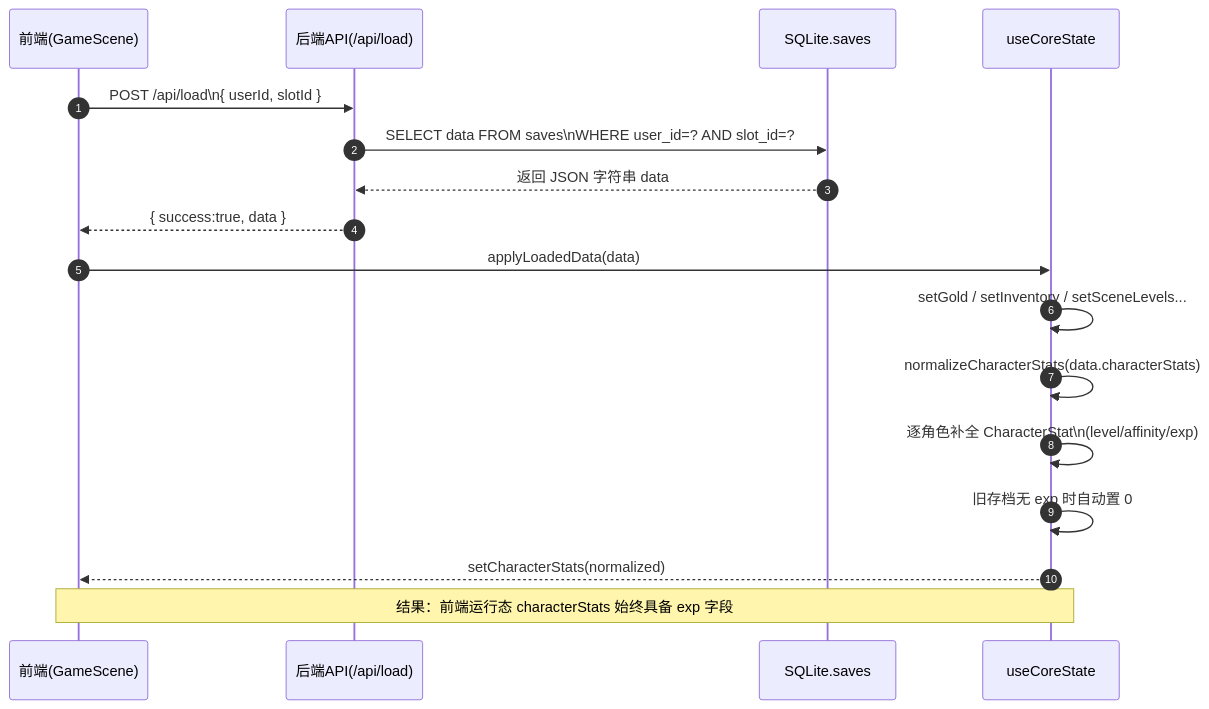
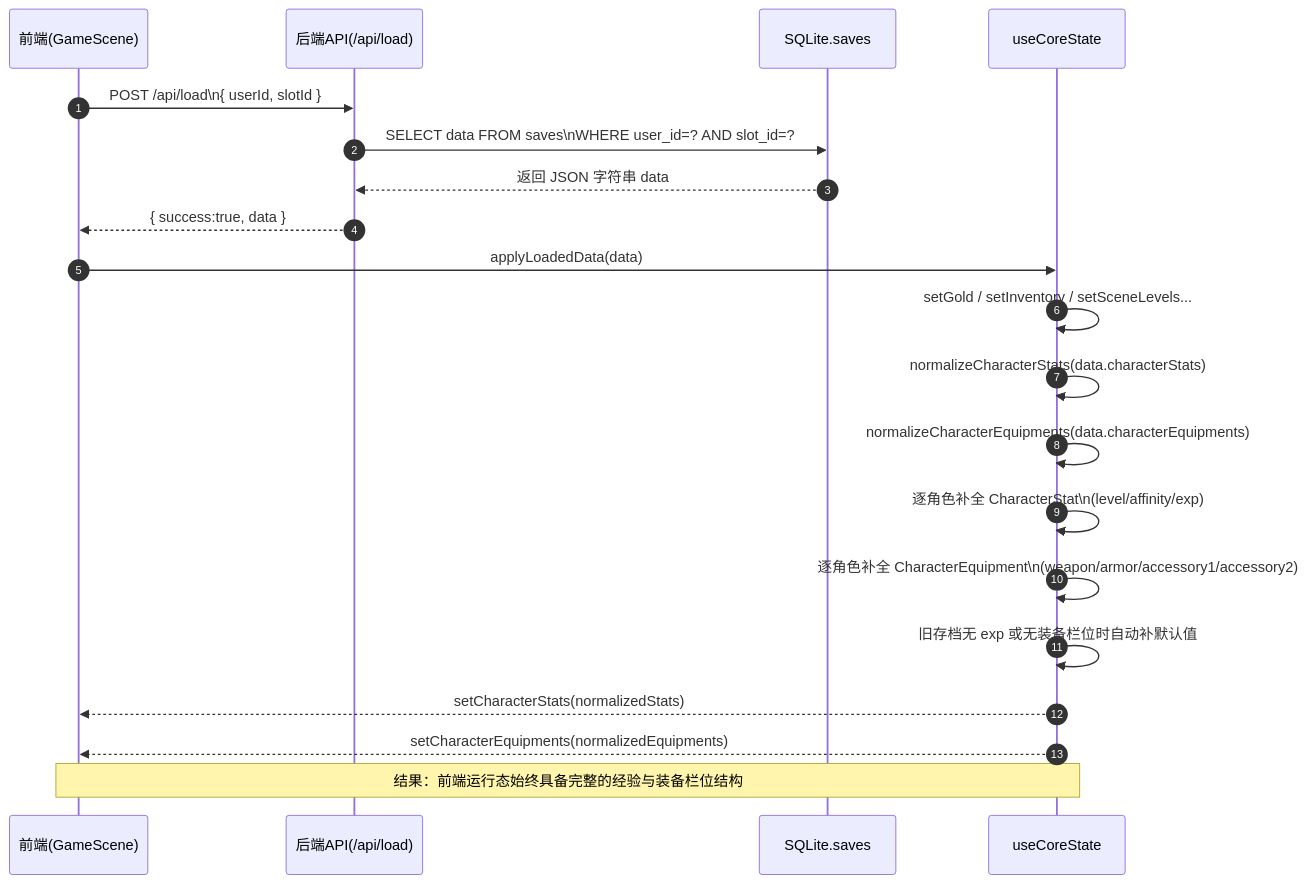
Before and after one commit to NyaaCaster/AVG-AdventurerTavern: the second of 2 diagrams in Doc/DataList/BATTLE_DATA_ARCHITECTURE.md, drawn with Mermaid. The commit also changed other lines of this file and 6 other files, not shown here.

````diff
--- a/Doc/DataList/BATTLE_DATA_ARCHITECTURE.md
+++ b/Doc/DataList/BATTLE_DATA_ARCHITECTURE.md
@@ -132,22 +189,25 @@
 ```mermaid
 sequenceDiagram
     autonumber
     participant FE as 前端(GameScene)
     participant API as 后端API(/api/load)
     participant SAVES as SQLite.saves
     participant CORE as useCoreState
 
     FE->>API: POST /api/load\n{ userId, slotId }
     API->>SAVES: SELECT data FROM saves\nWHERE user_id=? AND slot_id=?
     SAVES-->>API: 返回 JSON 字符串 data
     API-->>FE: { success:true, data }
 
     FE->>CORE: applyLoadedData(data)
     CORE->>CORE: setGold / setInventory / setSceneLevels...
     CORE->>CORE: normalizeCharacterStats(data.characterStats)
+    CORE->>CORE: normalizeCharacterEquipments(data.characterEquipments)
     CORE->>CORE: 逐角色补全 CharacterStat\n(level/affinity/exp)
-    CORE->>CORE: 旧存档无 exp 时自动置 0
-    CORE-->>FE: setCharacterStats(normalized)
+    CORE->>CORE: 逐角色补全 CharacterEquipment\n(weapon/armor/accessory1/accessory2)
+    CORE->>CORE: 旧存档无 exp 或无装备栏位时自动补默认值
+    CORE-->>FE: setCharacterStats(normalizedStats)
+    CORE-->>FE: setCharacterEquipments(normalizedEquipments)
 
-    Note over FE,CORE: 结果：前端运行态 characterStats 始终具备 exp 字段
+    Note over FE,CORE: 结果：前端运行态始终具备完整的经验与装备栏位结构
 ```
````
